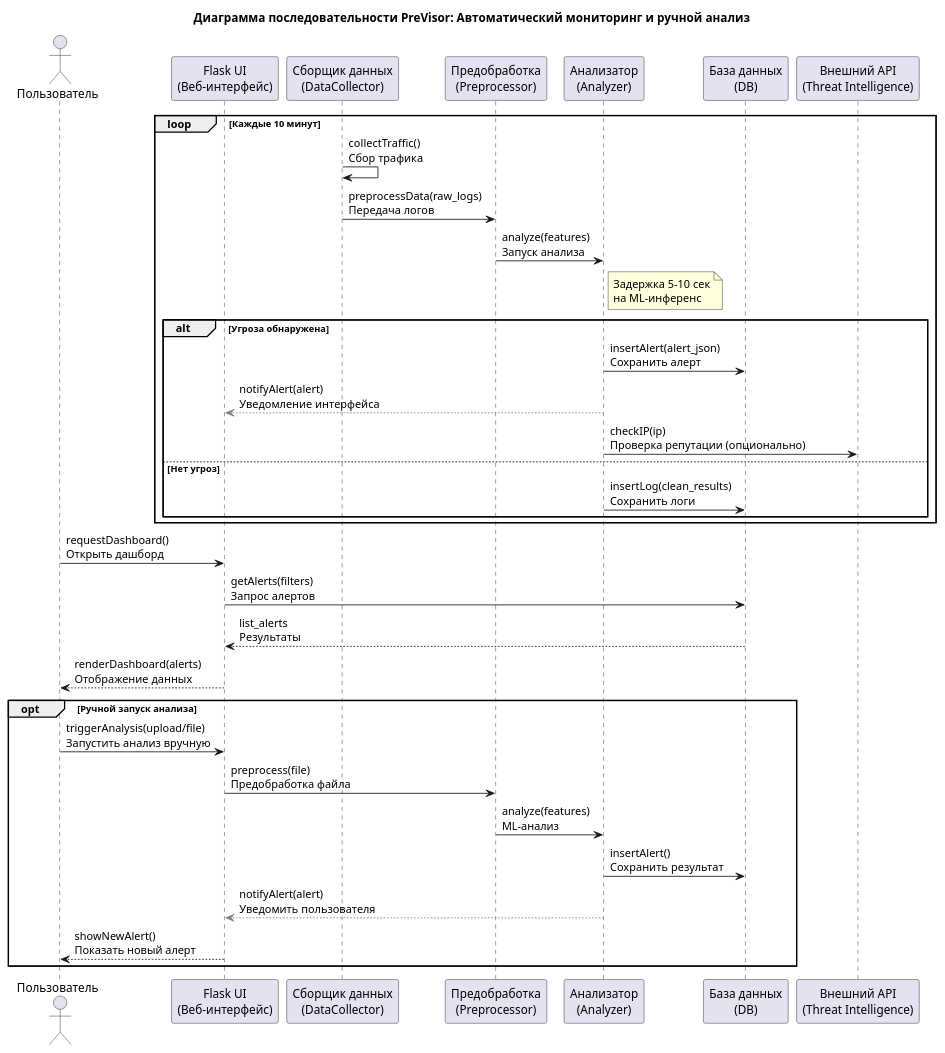
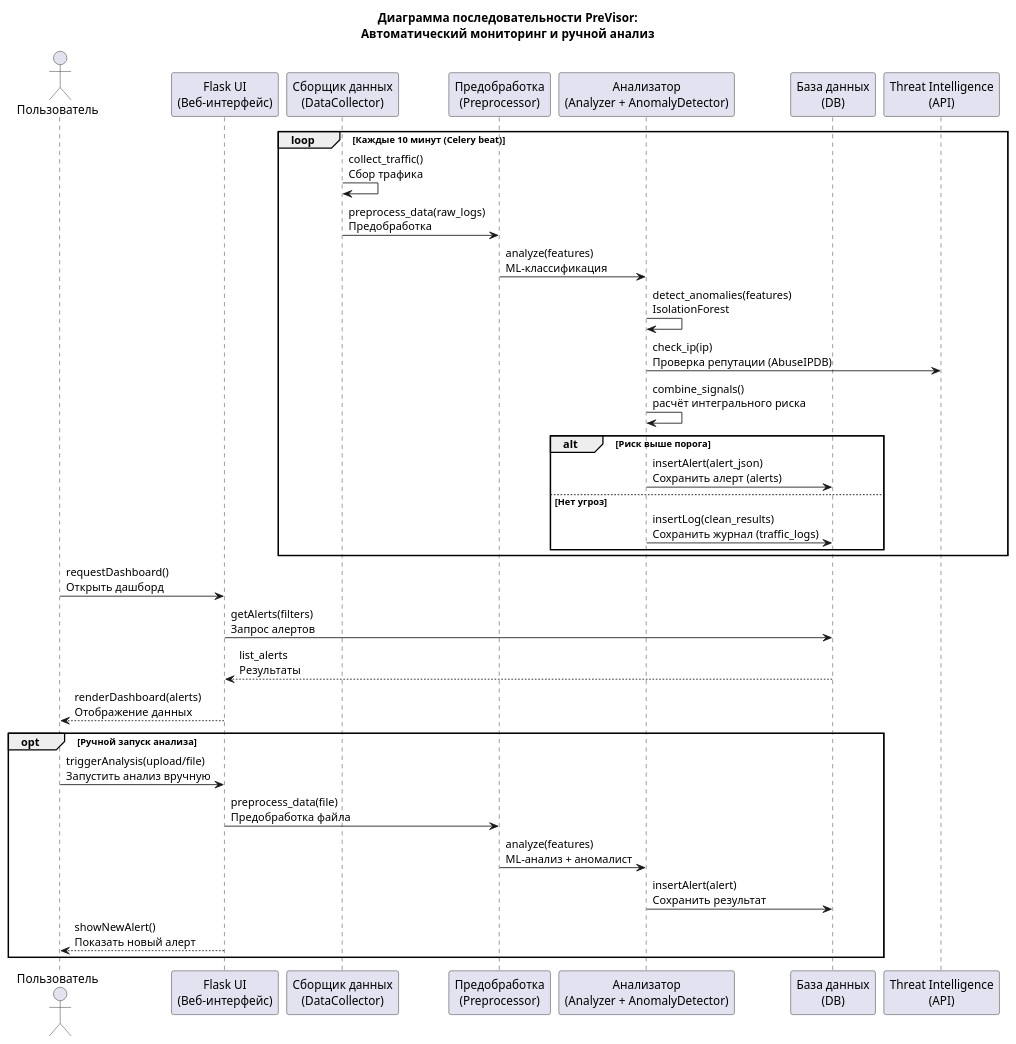
Before and after one commit to k00000tek/previsor: the diagram in static/previsor_sequence_diagram.puml, drawn with PlantUML. The commit also changed 38 other files, not shown here.

```diff
--- a/static/previsor_sequence_diagram.puml
+++ b/static/previsor_sequence_diagram.puml
@@ -1,40 +1,40 @@
 @startuml
-title Диаграмма последовательности PreVisor: Автоматический мониторинг и ручной анализ
+title Диаграмма последовательности PreVisor:\nАвтоматический мониторинг и ручной анализ
 
 actor "Пользователь" as User
 participant "Flask UI\n(Веб-интерфейс)" as Flask
 participant "Сборщик данных\n(DataCollector)" as DC
 participant "Предобработка\n(Preprocessor)" as PP
-participant "Анализатор\n(Analyzer)" as AN
+participant "Анализатор\n(Analyzer + AnomalyDetector)" as AN
 participant "База данных\n(DB)" as DB
-participant "Внешний API\n(Threat Intelligence)" as EXT
+participant "Threat Intelligence\n(API)" as EXT
 
-loop Каждые 10 минут
-  DC -> DC : collectTraffic()\nСбор трафика
-  DC -> PP : preprocessData(raw_logs)\nПередача логов
-  PP -> AN : analyze(features)\nЗапуск анализа
-  note right of AN : Задержка 5–10 сек\nна ML-инференс
-  alt Угроза обнаружена
-    AN -> DB : insertAlert(alert_json)\nСохранить алерт
-    AN -[#gray,dashed]-> Flask : notifyAlert(alert)\nУведомление интерфейса
-    AN -> EXT : checkIP(ip)\nПроверка репутации (опционально)
+loop Каждые 10 минут (Celery beat)
+  DC -> DC : collect_traffic()\nСбор трафика
+  DC -> PP : preprocess_data(raw_logs)\nПредобработка
+  PP -> AN : analyze(features)\nML-классификация
+  AN -> AN : detect_anomalies(features)\nIsolationForest
+  AN -> EXT : check_ip(ip)\nПроверка репутации (AbuseIPDB)
+  AN -> AN : combine_signals()\nрасчёт интегрального риска
+
+  alt Риск выше порога
+    AN -> DB : insertAlert(alert_json)\nСохранить алерт (alerts)
   else Нет угроз
-    AN -> DB : insertLog(clean_results)\nСохранить логи
+    AN -> DB : insertLog(clean_results)\nСохранить журнал (traffic_logs)
   end
 end
 
 User -> Flask : requestDashboard()\nОткрыть дашборд
 Flask -> DB : getAlerts(filters)\nЗапрос алертов
 DB --> Flask : list_alerts\nРезультаты
 Flask --> User : renderDashboard(alerts)\nОтображение данных
 
 opt Ручной запуск анализа
   User -> Flask : triggerAnalysis(upload/file)\nЗапустить анализ вручную
-  Flask -> PP : preprocess(file)\nПредобработка файла
-  PP -> AN : analyze(features)\nML-анализ
-  AN -> DB : insertAlert()\nСохранить результат
-  AN -[#gray,dashed]-> Flask : notifyAlert(alert)\nУведомить пользователя
+  Flask -> PP : preprocess_data(file)\nПредобработка файла
+  PP -> AN : analyze(features)\nML-анализ + аномалист
+  AN -> DB : insertAlert(alert)\nСохранить результат
   Flask --> User : showNewAlert()\nПоказать новый алерт
 end
 
 @enduml
```
